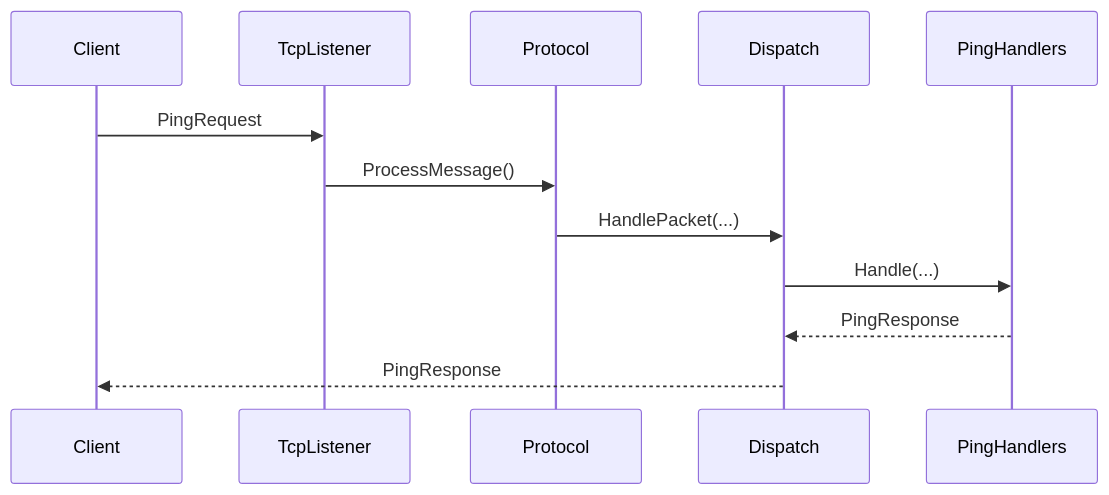
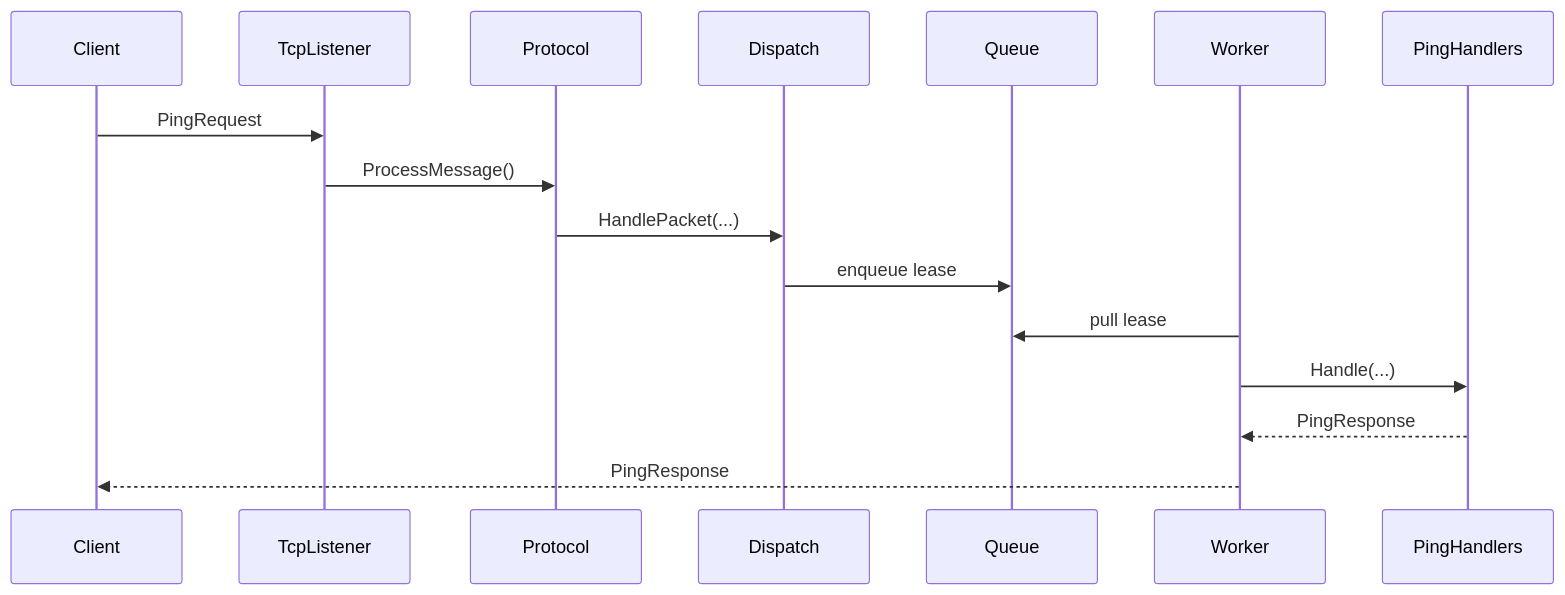
One commit to ppn-systems/nalix-docs changed the diagram in docs/quickstart.md. Above: the diagram before and after it, drawn with Mermaid. The commit also changed 30 other files, not shown here.

````diff
--- a/docs/quickstart.md
+++ b/docs/quickstart.md
@@ -267,15 +267,19 @@
 ```mermaid
 sequenceDiagram
     participant C as Client
     participant L as TcpListener
     participant P as Protocol
     participant D as Dispatch
+    participant Q as Queue
+    participant W as Worker
     participant H as PingHandlers
 
     C->>L: PingRequest
     L->>P: ProcessMessage()
     P->>D: HandlePacket(...)
-    D->>H: Handle(...)
-    H-->>D: PingResponse
-    D-->>C: PingResponse
+    D->>Q: enqueue lease
+    W->>Q: pull lease
+    W->>H: Handle(...)
+    H-->>W: PingResponse
+    W-->>C: PingResponse
 ```
````
